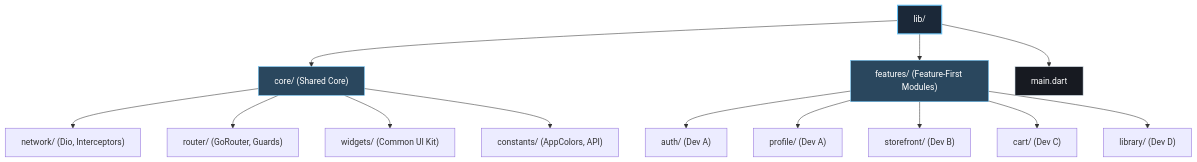
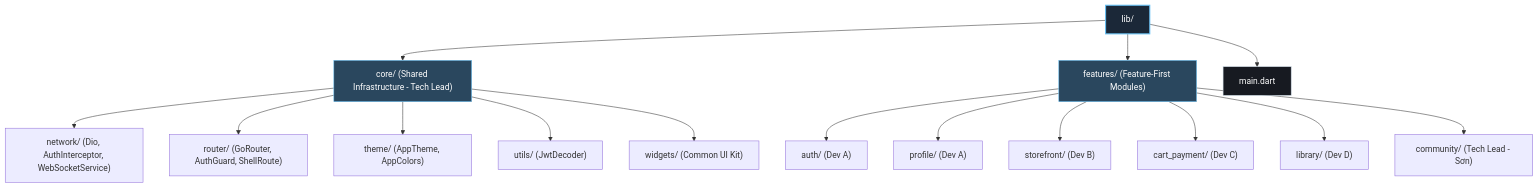
One commit to PhanNTSon/prm_project changed the first of 11 diagrams in reports/diagrams.md. Above: the diagram before and after it, drawn with Mermaid. The commit also changed other lines of this file and 4 other files, not shown here.

Commit message:
[Add][Modify] add new readme file to clearify functions and adjust diagrams and others informations.

````diff
--- a/reports/diagrams.md
+++ b/reports/diagrams.md
@@ -5,22 +5,24 @@
 ```mermaid
 graph TD
-    lib["lib/"] --> core["core/ (Shared Core)"]
+    lib["lib/"] --> core["core/ (Shared Infrastructure - Tech Lead)"]
     lib --> features["features/ (Feature-First Modules)"]
     lib --> main["main.dart"]
 
-    core --> network["network/ (Dio, Interceptors)"]
-    core --> router["router/ (GoRouter, Guards)"]
+    core --> network["network/ (Dio, AuthInterceptor, WebSocketService)"]
+    core --> router["router/ (GoRouter, AuthGuard, ShellRoute)"]
+    core --> theme["theme/ (AppTheme, AppColors)"]
+    core --> utils["utils/ (JwtDecoder)"]
     core --> widgets["widgets/ (Common UI Kit)"]
-    core --> constants["constants/ (AppColors, API)"]
 
     features --> auth["auth/ (Dev A)"]
     features --> profile["profile/ (Dev A)"]
     features --> storefront["storefront/ (Dev B)"]
-    features --> cart["cart/ (Dev C)"]
+    features --> cart_payment["cart_payment/ (Dev C)"]
     features --> library["library/ (Dev D)"]
+    features --> community["community/ (Tech Lead - Sơn)"]
 
     style lib fill:#1b2838,stroke:#66c0f4,stroke-width:2px,color:#fff
     style core fill:#2a475e,stroke:#66c0f4,stroke-width:1px,color:#fff
     style features fill:#2a475e,stroke:#66c0f4,stroke-width:1px,color:#fff
     style main fill:#171a21,stroke:#c7d5e0,stroke-width:1px,color:#fff
 ```
````
